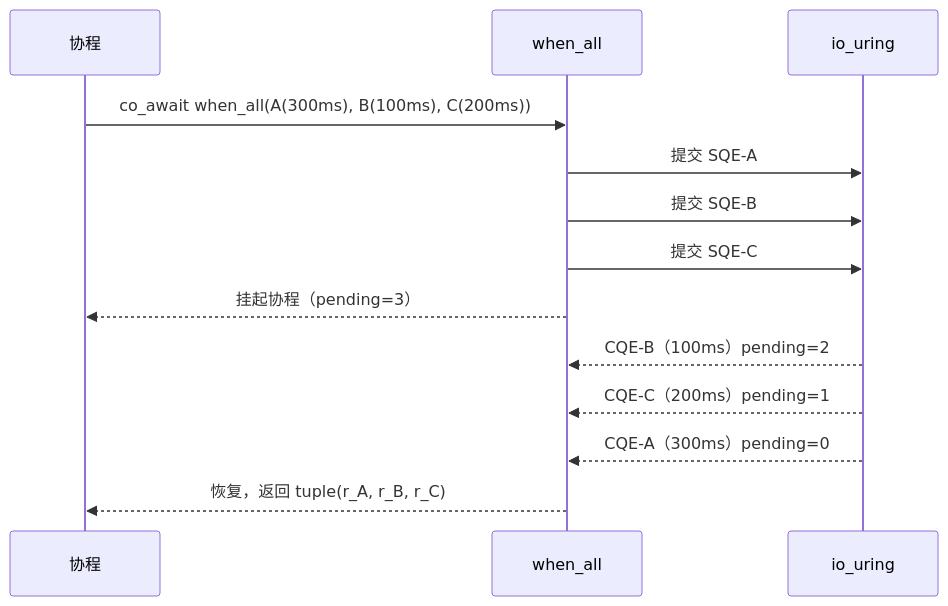
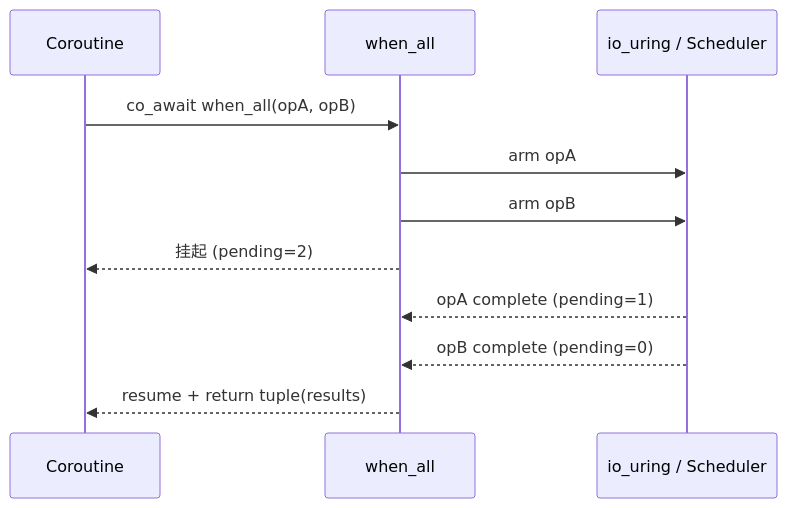
One commit to Doomjustin/blog changed the diagram in docs/tutorial/08_when_all.md. Above: the diagram before and after it, drawn with Mermaid. The commit also changed other lines of this file and 16 other files, not shown here.

````diff
--- a/docs/tutorial/08_when_all.md
+++ b/docs/tutorial/08_when_all.md
@@ -166,17 +153,15 @@
 ```mermaid
 sequenceDiagram
-    participant C as 协程
+    participant C as Coroutine
     participant W as when_all
-    participant R as io_uring
+    participant R as io_uring / Scheduler
 
-    C->>W: co_await when_all(A(300ms), B(100ms), C(200ms))
-    W->>R: 提交 SQE-A
-    W->>R: 提交 SQE-B
-    W->>R: 提交 SQE-C
-    W-->>C: 挂起协程（pending=3）
+    C->>W: co_await when_all(opA, opB)
+    W->>R: arm opA
+    W->>R: arm opB
+    W-->>C: 挂起 (pending=2)
 
-    R-->>W: CQE-B（100ms）pending=2
-    R-->>W: CQE-C（200ms）pending=1
-    R-->>W: CQE-A（300ms）pending=0
-    W-->>C: 恢复，返回 tuple(r_A, r_B, r_C)
+    R-->>W: opA complete (pending=1)
+    R-->>W: opB complete (pending=0)
+    W-->>C: resume + return tuple(results)
 ```
````
